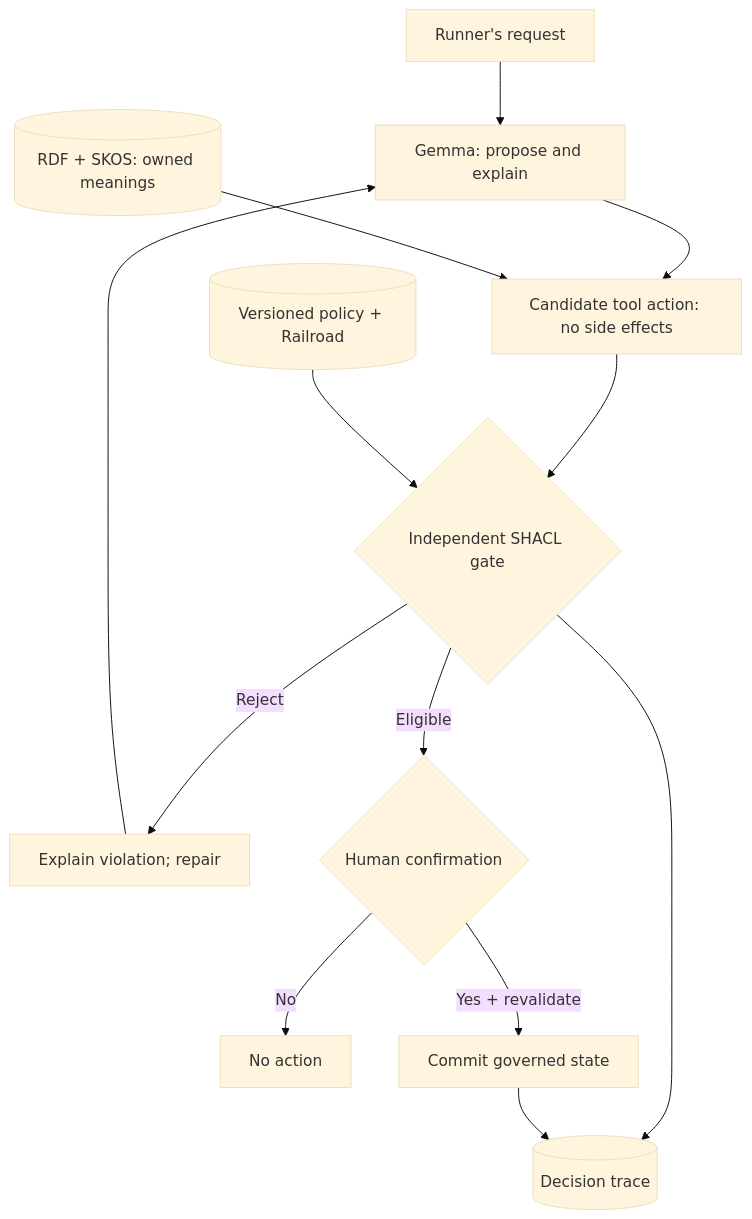
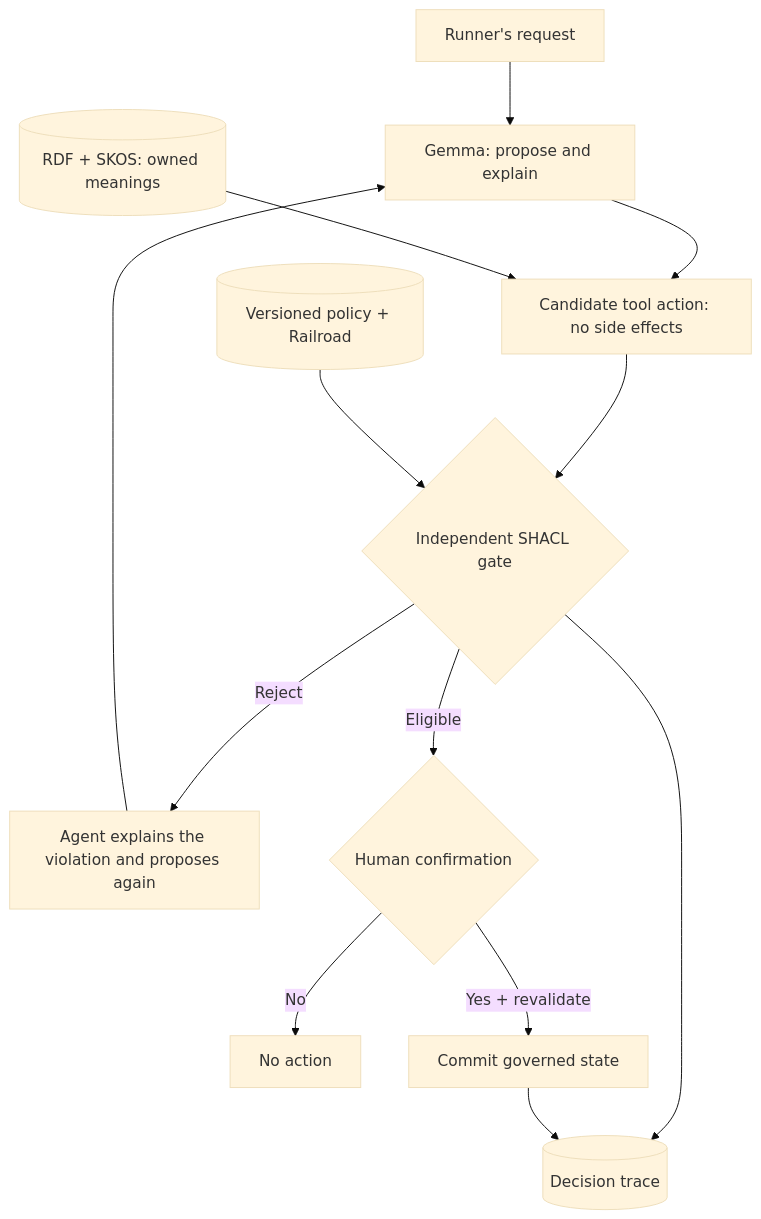
The diagram in README.md (wordlift/merlino), drawn with Mermaid (base theme) before and after one commit. The commit also changed other lines of this file and 13 other files, not shown here.

````diff
--- a/README.md
+++ b/README.md
@@ -45,15 +47,15 @@
 ```mermaid
 flowchart TD
     U[Runner's request] --> G[Gemma: propose and explain]
     G --> C[Candidate tool action: no side effects]
     M[(RDF + SKOS: owned meanings)] --> C
     C --> S{Independent SHACL gate}
     P[(Versioned policy + Railroad)] --> S
-    S -->|Reject| R[Explain violation; repair]
+    S -->|Reject| R[Agent explains the violation and proposes again]
     R --> G
     S -->|Eligible| H{Human confirmation}
     H -->|No| N[No action]
     H -->|Yes + revalidate| A[Commit governed state]
     S --> T[(Decision trace)]
     A --> T
 ```
````
